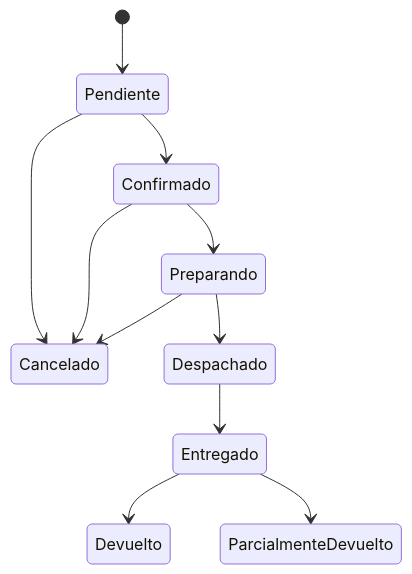
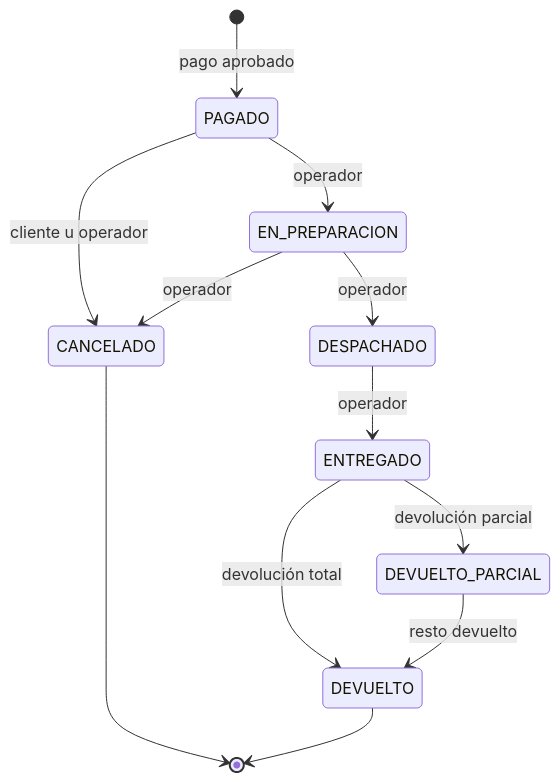
Before and after one commit to WilverEmilio/shopcart: the second of 2 diagrams in README.MD, drawn with Mermaid. The commit also changed other lines of this file, not shown here.

````diff
--- a/README.MD
+++ b/README.MD
@@ -212,13 +355,14 @@
 ```mermaid
 stateDiagram-v2
-    [*] --> Pendiente
-    Pendiente --> Confirmado
-    Pendiente --> Cancelado
-    Confirmado --> Preparando
-    Preparando --> Despachado
-    Despachado --> Entregado
-    Confirmado --> Cancelado
-    Preparando --> Cancelado
-    Entregado --> Devuelto
-    Entregado --> ParcialmenteDevuelto
+    [*] --> PAGADO: pago aprobado
+    PAGADO --> EN_PREPARACION: operador
+    PAGADO --> CANCELADO: cliente u operador
+    EN_PREPARACION --> DESPACHADO: operador
+    EN_PREPARACION --> CANCELADO: operador
+    DESPACHADO --> ENTREGADO: operador
+    ENTREGADO --> DEVUELTO_PARCIAL: devolución parcial
+    ENTREGADO --> DEVUELTO: devolución total
+    DEVUELTO_PARCIAL --> DEVUELTO: resto devuelto
+    CANCELADO --> [*]
+    DEVUELTO --> [*]
 ```
````
